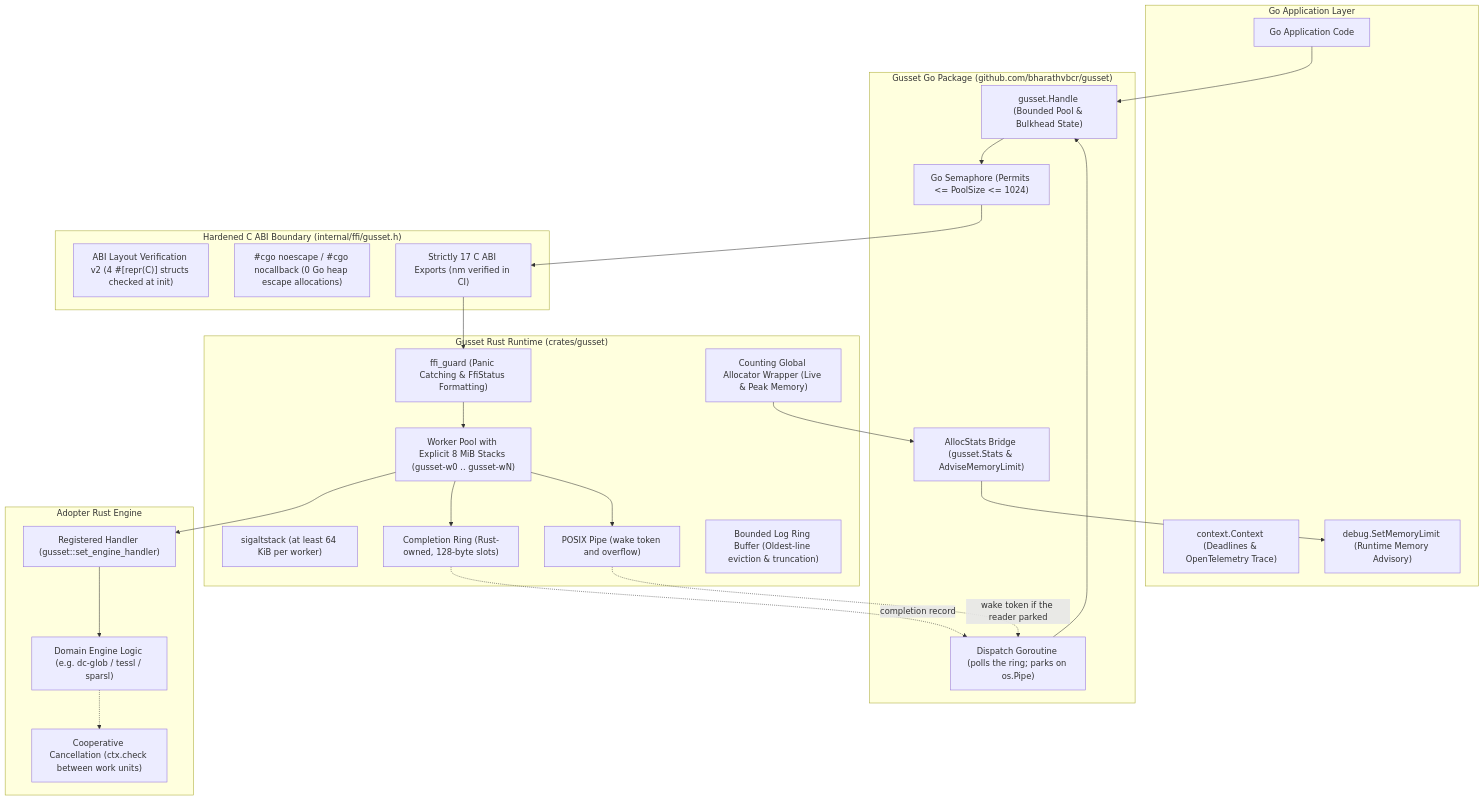
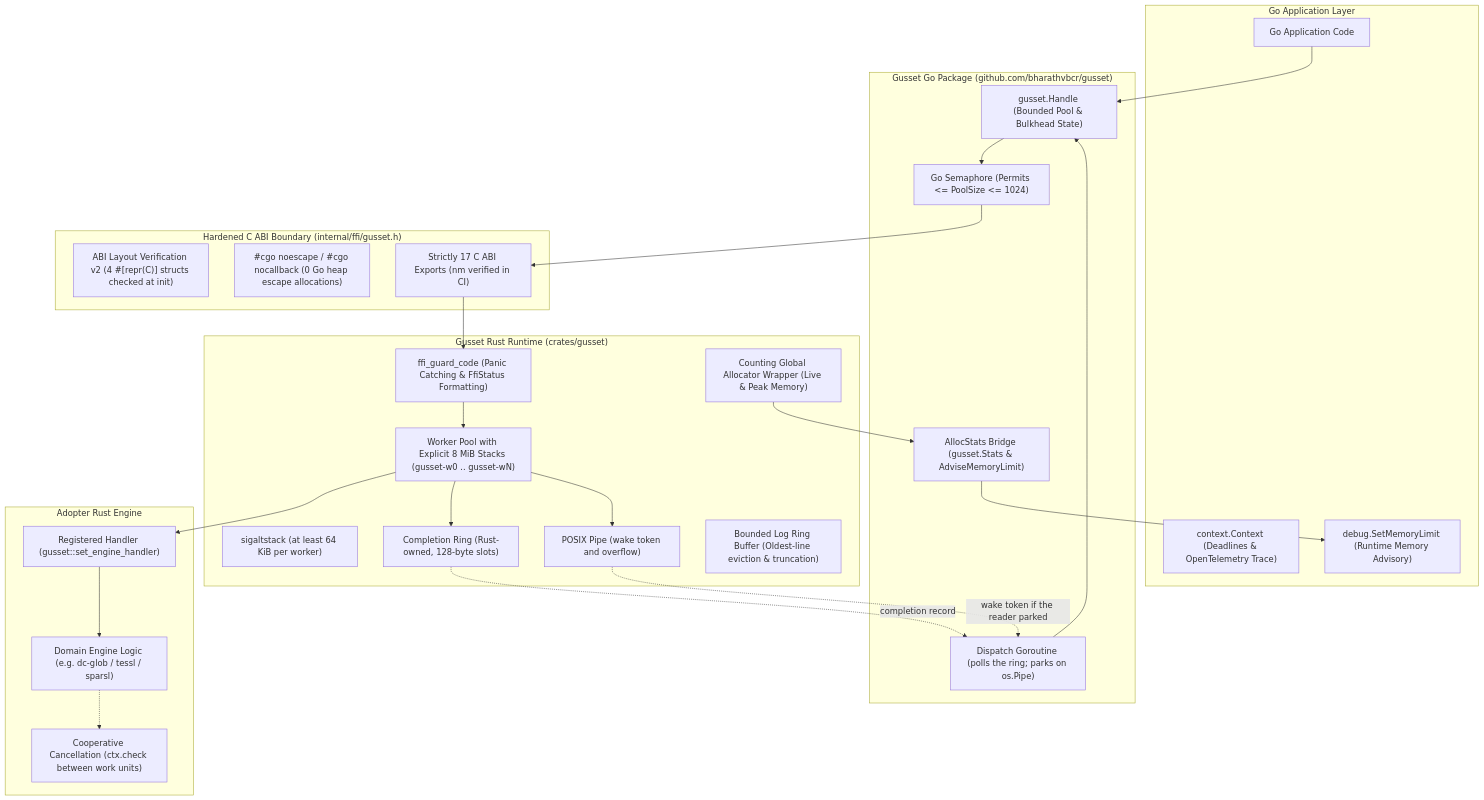
The first of 4 diagrams in README.md (bharathvbcr/gusset), drawn with Mermaid before and after one commit. The commit also changed other lines of this file and 5 other files, not shown here.

First line of the commit message:
docs: name ffi_guard_code where the docs named the deleted ffi_guard, protecting I2

````diff
--- a/README.md
+++ b/README.md
@@ -15,53 +15,53 @@
 ```mermaid
 flowchart TD
     subgraph GoApp ["Go Application Layer"]
         App["Go Application Code"]
         Ctx["context.Context (Deadlines & OpenTelemetry Trace)"]
         MemLimit["debug.SetMemoryLimit (Runtime Memory Advisory)"]
     end
 
     subgraph GoPkg ["Gusset Go Package (github.com/bharathvbcr/gusset)"]
         Handle["gusset.Handle (Bounded Pool & Bulkhead State)"]
         Sem["Go Semaphore (Permits <= PoolSize <= 1024)"]
         Netpoller["Dispatch Goroutine (polls the ring; parks on os.Pipe)"]
         StatsBridge["AllocStats Bridge (gusset.Stats & AdviseMemoryLimit)"]
     end
 
     subgraph Boundary ["Hardened C ABI Boundary (internal/ffi/gusset.h)"]
         ABI["ABI Layout Verification v2 (4 #[repr(C)] structs checked at init)"]
         Directives["#cgo noescape / #cgo nocallback (0 Go heap escape allocations)"]
         Exports["Strictly 17 C ABI Exports (nm verified in CI)"]
     end
 
     subgraph RustCrate ["Gusset Rust Runtime (crates/gusset)"]
-        Guard["ffi_guard (Panic Catching & FfiStatus Formatting)"]
+        Guard["ffi_guard_code (Panic Catching & FfiStatus Formatting)"]
         Workers["Worker Pool with Explicit 8 MiB Stacks (gusset-w0 .. gusset-wN)"]
         SigAlt["sigaltstack (at least 64 KiB per worker)"]
         Ring["Completion Ring (Rust-owned, 128-byte slots)"]
         PipeWrite["POSIX Pipe (wake token and overflow)"]
         Alloc["Counting Global Allocator Wrapper (Live & Peak Memory)"]
         LogRing["Bounded Log Ring Buffer (Oldest-line eviction & truncation)"]
     end
 
     subgraph Engine ["Adopter Rust Engine"]
         Reg["Registered Handler (gusset::set_engine_handler)"]
         Core["Domain Engine Logic (e.g. dc-glob / tessl / sparsl)"]
         Cancel["Cooperative Cancellation (ctx.check between work units)"]
     end
 
     App --> Handle
     Handle --> Sem
     Sem --> Exports
     Exports --> Guard
     Guard --> Workers
     Workers --> Reg
     Reg --> Core
     Core -.-> Cancel
     Workers --> Ring
     Ring -. "completion record" .-> Netpoller
     Workers --> PipeWrite
     PipeWrite -. "wake token if the reader parked" .-> Netpoller
     Netpoller --> Handle
     Alloc --> StatsBridge
     StatsBridge --> MemLimit
 ```
````
